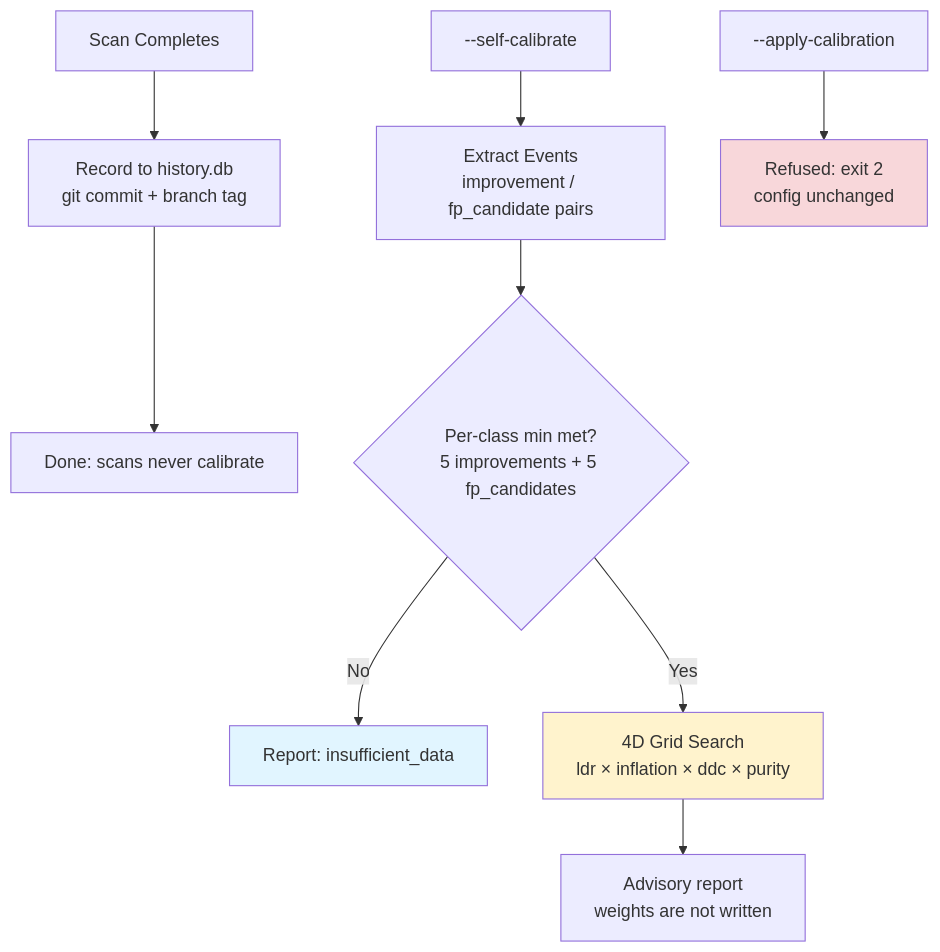
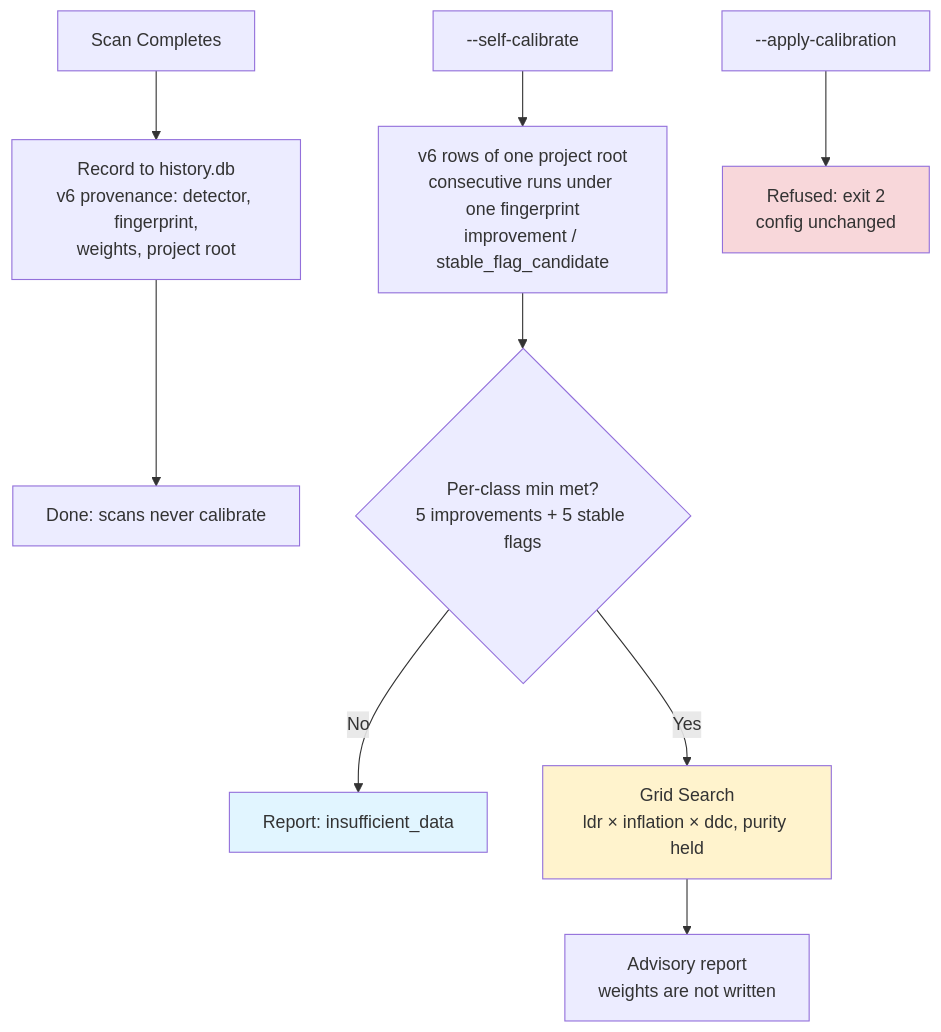
The ninth of 14 diagrams in docs/HOW_IT_WORKS.md (flamehaven01/AI-SLOP-Detector), drawn with Mermaid before and after one commit. The commit also changed other lines of this file and 15 other files, not shown here.

````diff
--- a/docs/HOW_IT_WORKS.md
+++ b/docs/HOW_IT_WORKS.md
@@ -402,15 +403,15 @@
 ```mermaid
 flowchart TD
-    A[Scan Completes] --> B[Record to history.db<br/>git commit + branch tag]
+    A[Scan Completes] --> B[Record to history.db<br/>v6 provenance: detector, fingerprint,<br/>weights, project root]
     B --> END[Done: scans never calibrate]
-    S[--self-calibrate] --> D[Extract Events<br/>improvement / fp_candidate pairs]
-    D --> E{Per-class min met?<br/>5 improvements + 5 fp_candidates}
+    S[--self-calibrate] --> D[v6 rows of one project root<br/>consecutive runs under one fingerprint<br/>improvement / stable_flag_candidate]
+    D --> E{Per-class min met?<br/>5 improvements + 5 stable flags}
     E -->|No| F[Report: insufficient_data]
-    E -->|Yes| G[4D Grid Search<br/>ldr × inflation × ddc × purity]
+    E -->|Yes| G[Grid Search<br/>ldr × inflation × ddc, purity held]
     G --> R[Advisory report<br/>weights are not written]
     X[--apply-calibration] --> N[Refused: exit 2<br/>config unchanged]
 
     style G fill:#fff3cd
     style F fill:#e1f5ff
     style N fill:#f8d7da
 ```
````
